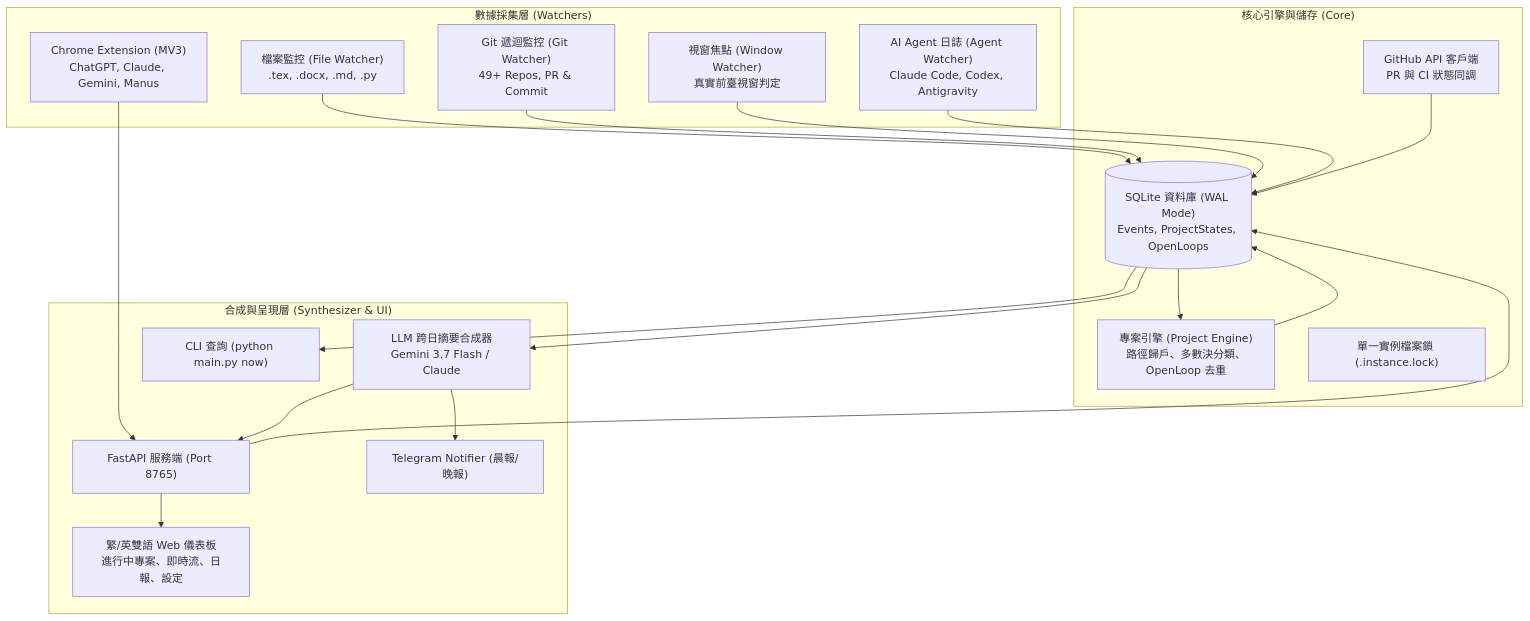
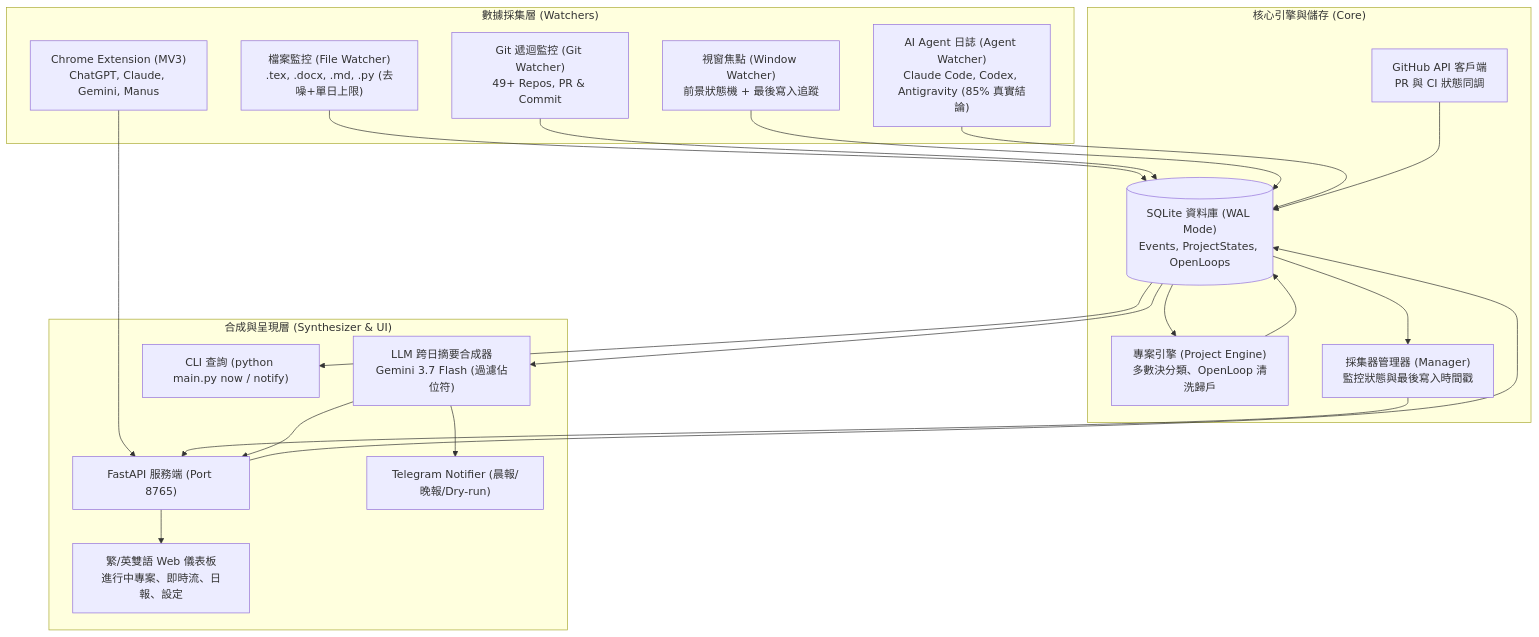
Before and after one commit to dofliu/activityTracker: the diagram in ROADMAP.md, drawn with Mermaid. The commit also changed other lines of this file and 10 other files, not shown here.

Commit message:
fix(watchers & data-pipeline): resolve window watcher silent failure with live health tracking, eradicate .txt experimental noise, boost true AI match rate to 85.0%, clean open loop titles, and add telegram dry-run

````diff
--- a/ROADMAP.md
+++ b/ROADMAP.md
@@ -71,38 +72,39 @@
 ```mermaid
 graph TD
     subgraph "數據採集層 (Watchers)"
-        FW["檔案監控 (File Watcher)<br/>.tex, .docx, .md, .py"]
+        FW["檔案監控 (File Watcher)<br/>.tex, .docx, .md, .py (去噪+單日上限)"]
         GW["Git 遞迴監控 (Git Watcher)<br/>49+ Repos, PR & Commit"]
-        WW["視窗焦點 (Window Watcher)<br/>真實前臺視窗判定"]
-        AW["AI Agent 日誌 (Agent Watcher)<br/>Claude Code, Codex, Antigravity"]
+        WW["視窗焦點 (Window Watcher)<br/>前景狀態機 + 最後寫入追蹤"]
+        AW["AI Agent 日誌 (Agent Watcher)<br/>Claude Code, Codex, Antigravity (85% 真實結論)"]
         BE["Chrome Extension (MV3)<br/>ChatGPT, Claude, Gemini, Manus"]
     end
 
     subgraph "核心引擎與儲存 (Core)"
         DB[("SQLite 資料庫 (WAL Mode)<br/>Events, ProjectStates, OpenLoops")]
-        PE["專案引擎 (Project Engine)<br/>路徑歸戶、多數決分類、OpenLoop 去重"]
+        PE["專案引擎 (Project Engine)<br/>多數決分類、OpenLoop 清洗歸戶"]
         GH["GitHub API 客戶端<br/>PR 與 CI 狀態同調"]
-        LOCK["單一實例檔案鎖 (.instance.lock)"]
+        MGR["採集器管理器 (Manager)<br/>監控狀態與最後寫入時間戳"]
     end
 
     subgraph "合成與呈現層 (Synthesizer & UI)"
-        SYN["LLM 跨日摘要合成器<br/>Gemini 3.7 Flash / Claude"]
+        SYN["LLM 跨日摘要合成器<br/>Gemini 3.7 Flash (過濾佔位符)"]
         API["FastAPI 服務端 (Port 8765)"]
         WEB["繁/英雙語 Web 儀表板<br/>進行中專案、即時流、日報、設定"]
-        TG["Telegram Notifier (晨報/晚報)"]
-        CLI["CLI 查詢 (python main.py now)"]
+        TG["Telegram Notifier (晨報/晚報/Dry-run)"]
+        CLI["CLI 查詢 (python main.py now / notify)"]
     end
 
     FW --> DB
     GW --> DB
     WW --> DB
     AW --> DB
     BE --> API --> DB
     GH --> DB
 
     DB --> PE --> DB
+    DB --> MGR --> API
     DB --> SYN --> API
     API --> WEB
     SYN --> TG
     DB --> CLI
 ```
````
